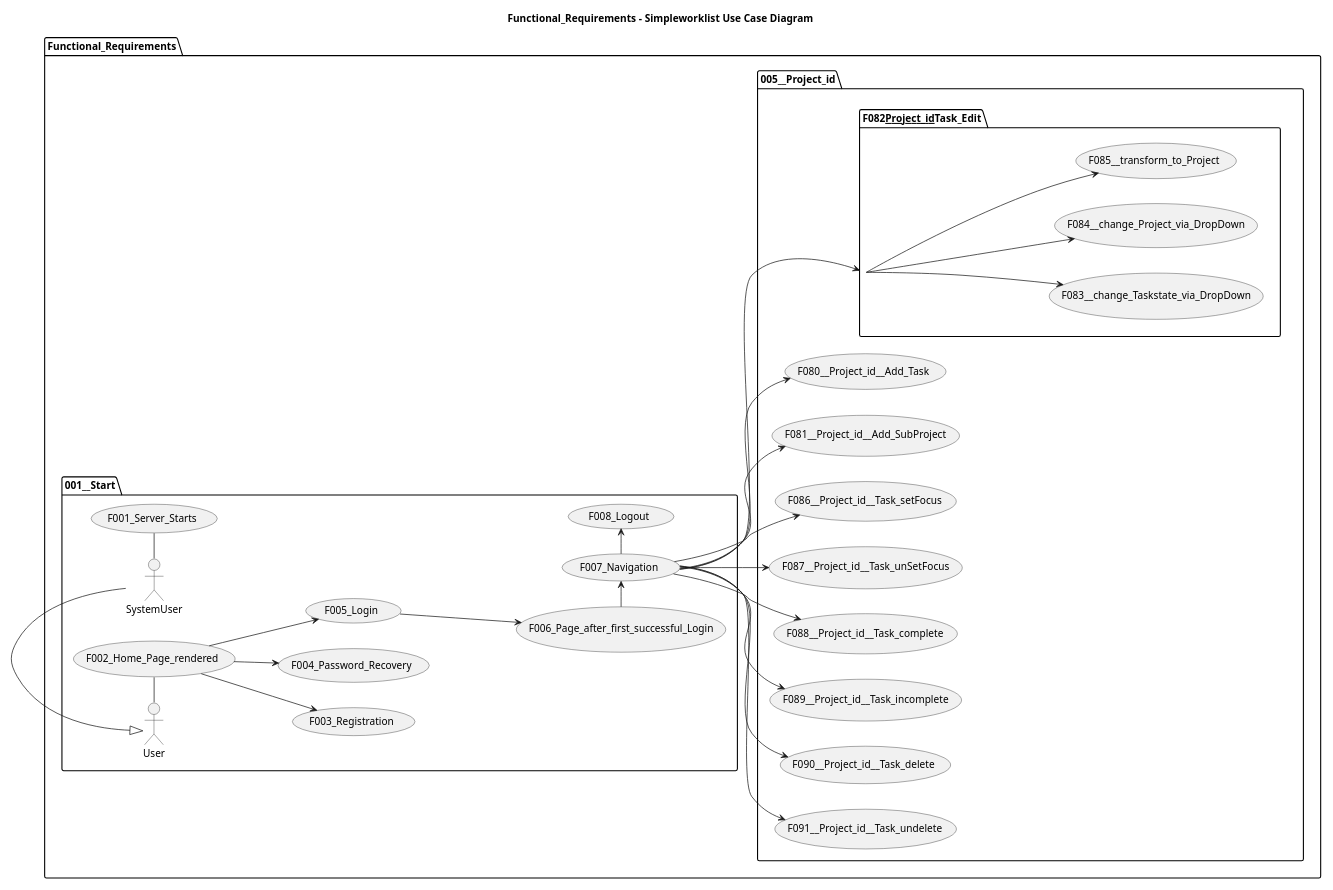
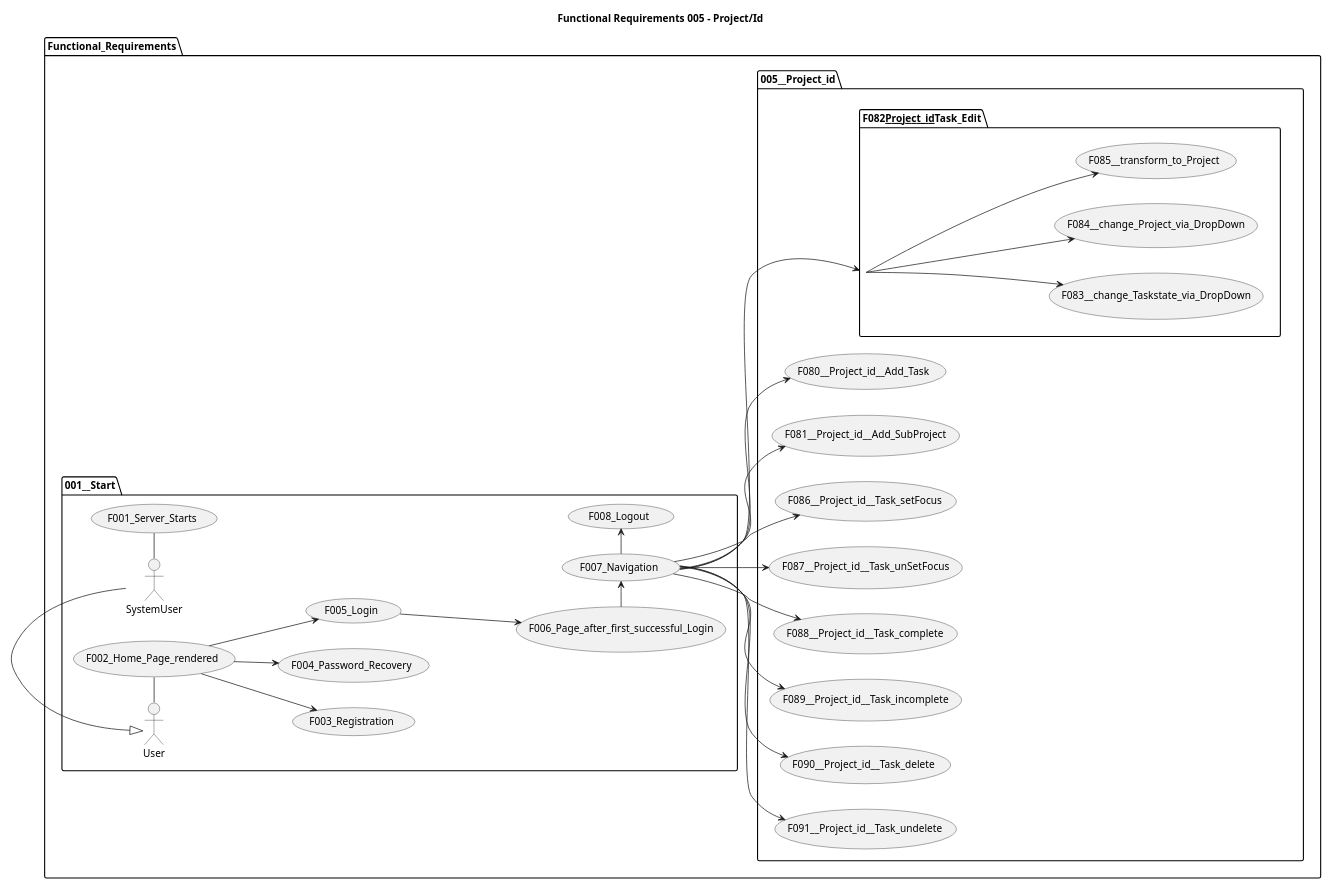
The diagram in src/main/plantuml/Simpleworklist__Use_Cases__005__Project_id.puml (Spring-Framework-Java-Apps/simpleworklist), drawn with PlantUML before and after one commit. The commit also changed 15 other files, not shown here.

```diff
--- a/src/main/plantuml/Simpleworklist__Use_Cases__005__Project_id.puml
+++ b/src/main/plantuml/Simpleworklist__Use_Cases__005__Project_id.puml
@@ -1,45 +1,45 @@
 @startuml
 
-title Functional_Requirements - Simpleworklist Use Case Diagram
+title Functional Requirements 005 - Project/Id
 
 left to right direction
 'top to bottom direction
 
 'https://plantuml.com/use-case-diagram
 
 scale 1200 width
 
 package Functional_Requirements {
 
   package 001__Start {
     SystemUser - (F001_Server_Starts)
     User - (F002_Home_Page_rendered)
     (F002_Home_Page_rendered) --> (F003_Registration)
     (F002_Home_Page_rendered) --> (F004_Password_Recovery)
     (F002_Home_Page_rendered) --> (F005_Login)
     (F005_Login) ---> (F006_Page_after_first_successful_Login)
     (F006_Page_after_first_successful_Login) -> (F007_Navigation)
     (F007_Navigation) -> (F008_Logout)
 
     User <|- SystemUser
   }
 
   package 005__Project_id {
     (F007_Navigation) --> (F080__Project_id__Add_Task)
     (F007_Navigation) --> (F081__Project_id__Add_SubProject)
     (F007_Navigation) --> (F082__Project_id__Task_Edit)
     package F082__Project_id__Task_Edit {
       (F082__Project_id__Task_Edit) ---> (F083__change_Taskstate_via_DropDown)
       (F082__Project_id__Task_Edit) ---> (F084__change_Project_via_DropDown)
       (F082__Project_id__Task_Edit) ---> (F085__transform_to_Project)
     }
     (F007_Navigation) --> (F086__Project_id__Task_setFocus)
     (F007_Navigation) --> (F087__Project_id__Task_unSetFocus)
     (F007_Navigation) --> (F088__Project_id__Task_complete)
     (F007_Navigation) --> (F089__Project_id__Task_incomplete)
     (F007_Navigation) --> (F090__Project_id__Task_delete)
     (F007_Navigation) --> (F091__Project_id__Task_undelete)
   }
 
 }
 @enduml
```
